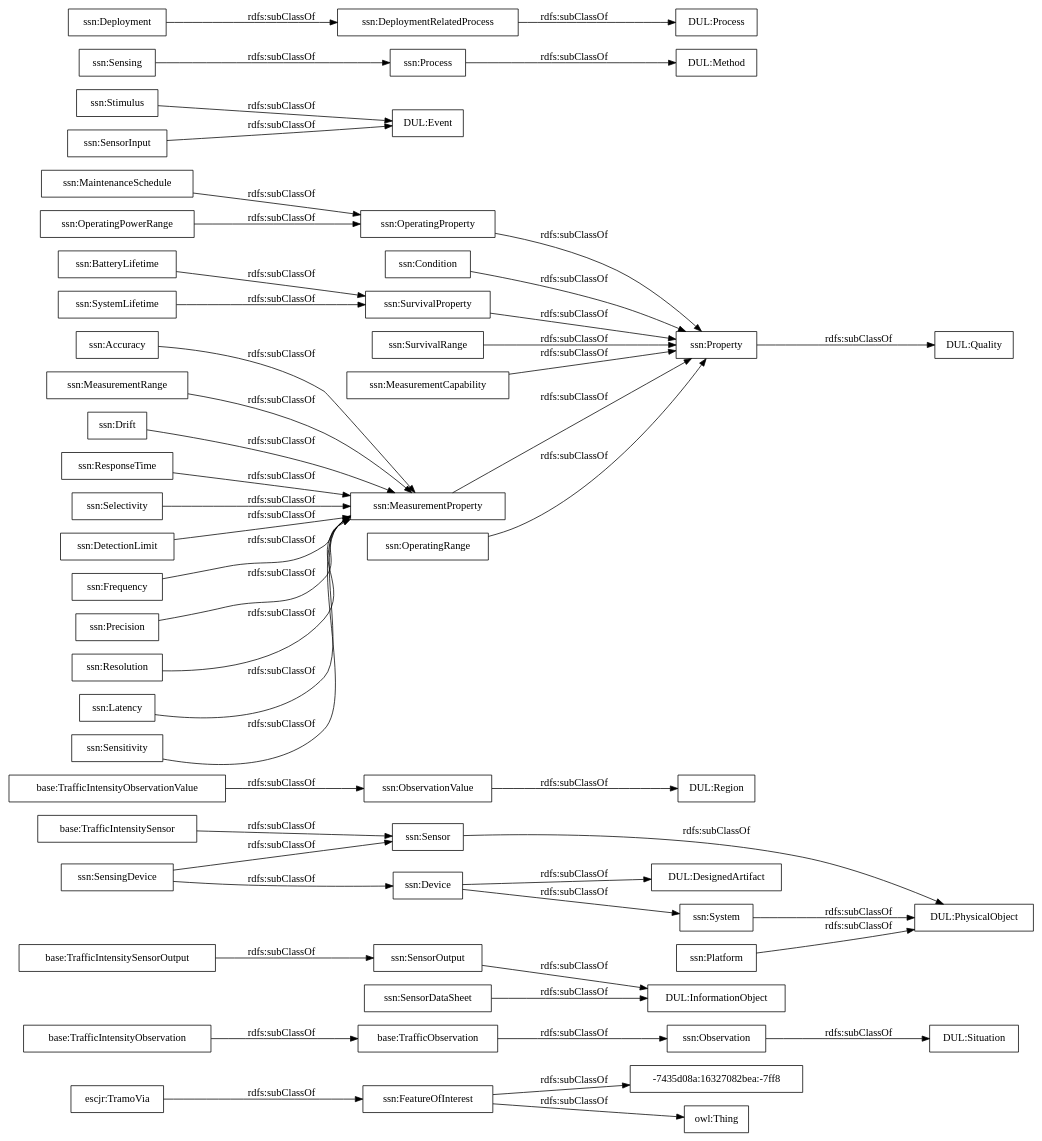
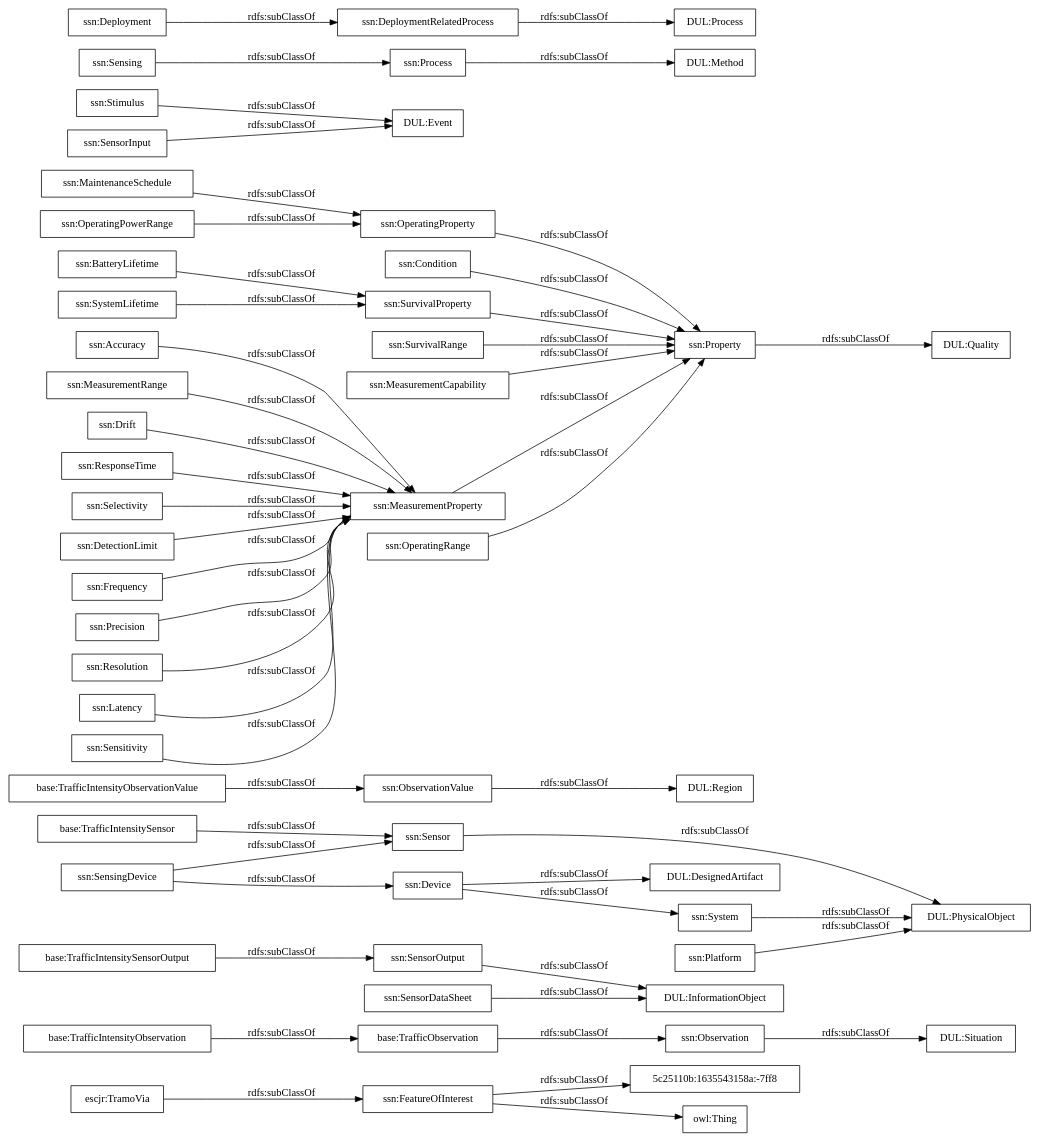
Before and after one commit to ma-garcia/transporte-trafico-tiempo-real: the diagram in OnToology/trafico.owl/diagrams/ar2dtool-taxonomy/trafico.owl.png.dot, drawn with Graphviz. The commit also changed 14 other files, not shown here.

```diff
--- a/OnToology/trafico.owl/diagrams/ar2dtool-taxonomy/trafico.owl.png.dot
+++ b/OnToology/trafico.owl/diagrams/ar2dtool-taxonomy/trafico.owl.png.dot
@@ -1,54 +1,54 @@
 digraph ar2dtool_diagram { 
 rankdir=LR;
 size="1000"
-node [shape = rectangle, color="black"]; "escjr:TramoVia" "base:TrafficObservation" "base:TrafficIntensitySensorOutput" "base:TrafficIntensitySensor" "base:TrafficIntensityObservationValue" "base:TrafficIntensityObservation" "ssn:Accuracy" "ssn:DetectionLimit" "ssn:Frequency" "ssn:Condition" "DUL:Region" "DUL:Situation" "DUL:PhysicalObject" "ssn:SensorOutput" "ssn:Precision" "ssn:Resolution" "DUL:Quality" "ssn:FeatureOfInterest" "ssn:Sensor" "DUL:InformationObject" "ssn:OperatingProperty" "DUL:Event" "ssn:OperatingPowerRange" "DUL:Method" "ssn:MaintenanceSchedule" "ssn:Sensing" "ssn:Latency" "ssn:SurvivalRange" "ssn:SensingDevice" "DUL:DesignedArtifact" "ssn:Sensitivity" "ssn:Stimulus" "DUL:Process" "ssn:MeasurementRange" "ssn:System" "ssn:SystemLifetime" "ssn:Property" "ssn:MeasurementProperty" "ssn:Process" "ssn:Deployment" "ssn:MeasurementCapability" "ssn:BatteryLifetime" "ssn:Drift" "ssn:DeploymentRelatedProcess" "ssn:SensorInput" "ssn:ResponseTime" "ssn:ObservationValue" "ssn:SensorDataSheet" "ssn:Observation" "ssn:Selectivity" "ssn:SurvivalProperty" "ssn:Device" "ssn:OperatingRange" "-7435d08a:16327082bea:-7ff8" "ssn:Platform" ; /*classes style*/
+node [shape = rectangle, color="black"]; "escjr:TramoVia" "base:TrafficObservation" "base:TrafficIntensitySensorOutput" "base:TrafficIntensitySensor" "base:TrafficIntensityObservationValue" "base:TrafficIntensityObservation" "ssn:Accuracy" "ssn:DetectionLimit" "ssn:Frequency" "ssn:Condition" "DUL:Region" "DUL:Situation" "DUL:PhysicalObject" "ssn:SensorOutput" "ssn:Precision" "ssn:Resolution" "DUL:Quality" "ssn:FeatureOfInterest" "ssn:Sensor" "DUL:InformationObject" "ssn:OperatingProperty" "DUL:Event" "ssn:OperatingPowerRange" "DUL:Method" "ssn:MaintenanceSchedule" "ssn:Sensing" "ssn:Latency" "ssn:SurvivalRange" "ssn:SensingDevice" "DUL:DesignedArtifact" "ssn:Sensitivity" "ssn:Stimulus" "DUL:Process" "ssn:MeasurementRange" "ssn:System" "ssn:SystemLifetime" "ssn:Property" "ssn:MeasurementProperty" "ssn:Process" "ssn:Deployment" "ssn:MeasurementCapability" "ssn:BatteryLifetime" "ssn:Drift" "ssn:DeploymentRelatedProcess" "ssn:SensorInput" "5c25110b:1635543158a:-7ff8" "ssn:ResponseTime" "ssn:ObservationValue" "ssn:SensorDataSheet" "ssn:Observation" "ssn:Selectivity" "ssn:SurvivalProperty" "ssn:Device" "ssn:OperatingRange" "ssn:Platform" ; /*classes style*/
 	"ssn:Deployment" -> "ssn:DeploymentRelatedProcess" [ label = "rdfs:subClassOf" ];
 	"ssn:SensingDevice" -> "ssn:Sensor" [ label = "rdfs:subClassOf" ];
 	"ssn:SensingDevice" -> "ssn:Device" [ label = "rdfs:subClassOf" ];
 	"ssn:DeploymentRelatedProcess" -> "DUL:Process" [ label = "rdfs:subClassOf" ];
 	"ssn:Accuracy" -> "ssn:MeasurementProperty" [ label = "rdfs:subClassOf" ];
 	"ssn:FeatureOfInterest" -> "owl:Thing" [ label = "rdfs:subClassOf" ];
-	"ssn:FeatureOfInterest" -> "-7435d08a:16327082bea:-7ff8" [ label = "rdfs:subClassOf" ];
+	"ssn:FeatureOfInterest" -> "5c25110b:1635543158a:-7ff8" [ label = "rdfs:subClassOf" ];
 	"ssn:Latency" -> "ssn:MeasurementProperty" [ label = "rdfs:subClassOf" ];
 	"base:TrafficIntensityObservation" -> "base:TrafficObservation" [ label = "rdfs:subClassOf" ];
 	"ssn:Process" -> "DUL:Method" [ label = "rdfs:subClassOf" ];
 	"ssn:Property" -> "DUL:Quality" [ label = "rdfs:subClassOf" ];
 	"ssn:MeasurementProperty" -> "ssn:Property" [ label = "rdfs:subClassOf" ];
 	"ssn:ResponseTime" -> "ssn:MeasurementProperty" [ label = "rdfs:subClassOf" ];
 	"ssn:OperatingRange" -> "ssn:Property" [ label = "rdfs:subClassOf" ];
 	"ssn:MeasurementRange" -> "ssn:MeasurementProperty" [ label = "rdfs:subClassOf" ];
 	"ssn:Stimulus" -> "DUL:Event" [ label = "rdfs:subClassOf" ];
 	"ssn:SurvivalProperty" -> "ssn:Property" [ label = "rdfs:subClassOf" ];
 	"base:TrafficIntensitySensorOutput" -> "ssn:SensorOutput" [ label = "rdfs:subClassOf" ];
 	"ssn:MaintenanceSchedule" -> "ssn:OperatingProperty" [ label = "rdfs:subClassOf" ];
 	"base:TrafficIntensitySensor" -> "ssn:Sensor" [ label = "rdfs:subClassOf" ];
 	"ssn:SensorInput" -> "DUL:Event" [ label = "rdfs:subClassOf" ];
 	"ssn:Sensitivity" -> "ssn:MeasurementProperty" [ label = "rdfs:subClassOf" ];
 	"ssn:Drift" -> "ssn:MeasurementProperty" [ label = "rdfs:subClassOf" ];
 	"ssn:System" -> "DUL:PhysicalObject" [ label = "rdfs:subClassOf" ];
 	"ssn:Resolution" -> "ssn:MeasurementProperty" [ label = "rdfs:subClassOf" ];
 	"ssn:Precision" -> "ssn:MeasurementProperty" [ label = "rdfs:subClassOf" ];
 	"escjr:TramoVia" -> "ssn:FeatureOfInterest" [ label = "rdfs:subClassOf" ];
 	"ssn:DetectionLimit" -> "ssn:MeasurementProperty" [ label = "rdfs:subClassOf" ];
 	"ssn:Sensor" -> "DUL:PhysicalObject" [ label = "rdfs:subClassOf" ];
 	"ssn:SensorDataSheet" -> "DUL:InformationObject" [ label = "rdfs:subClassOf" ];
 	"ssn:OperatingPowerRange" -> "ssn:OperatingProperty" [ label = "rdfs:subClassOf" ];
 	"ssn:ObservationValue" -> "DUL:Region" [ label = "rdfs:subClassOf" ];
 	"base:TrafficObservation" -> "ssn:Observation" [ label = "rdfs:subClassOf" ];
 	"ssn:Device" -> "DUL:DesignedArtifact" [ label = "rdfs:subClassOf" ];
 	"ssn:Device" -> "ssn:System" [ label = "rdfs:subClassOf" ];
 	"ssn:Platform" -> "DUL:PhysicalObject" [ label = "rdfs:subClassOf" ];
 	"ssn:OperatingProperty" -> "ssn:Property" [ label = "rdfs:subClassOf" ];
 	"ssn:Selectivity" -> "ssn:MeasurementProperty" [ label = "rdfs:subClassOf" ];
 	"ssn:BatteryLifetime" -> "ssn:SurvivalProperty" [ label = "rdfs:subClassOf" ];
 	"ssn:Observation" -> "DUL:Situation" [ label = "rdfs:subClassOf" ];
 	"ssn:Sensing" -> "ssn:Process" [ label = "rdfs:subClassOf" ];
 	"base:TrafficIntensityObservationValue" -> "ssn:ObservationValue" [ label = "rdfs:subClassOf" ];
 	"ssn:SystemLifetime" -> "ssn:SurvivalProperty" [ label = "rdfs:subClassOf" ];
 	"ssn:SurvivalRange" -> "ssn:Property" [ label = "rdfs:subClassOf" ];
 	"ssn:SensorOutput" -> "DUL:InformationObject" [ label = "rdfs:subClassOf" ];
 	"ssn:Frequency" -> "ssn:MeasurementProperty" [ label = "rdfs:subClassOf" ];
 	"ssn:Condition" -> "ssn:Property" [ label = "rdfs:subClassOf" ];
 	"ssn:MeasurementCapability" -> "ssn:Property" [ label = "rdfs:subClassOf" ];
 
 }
```
